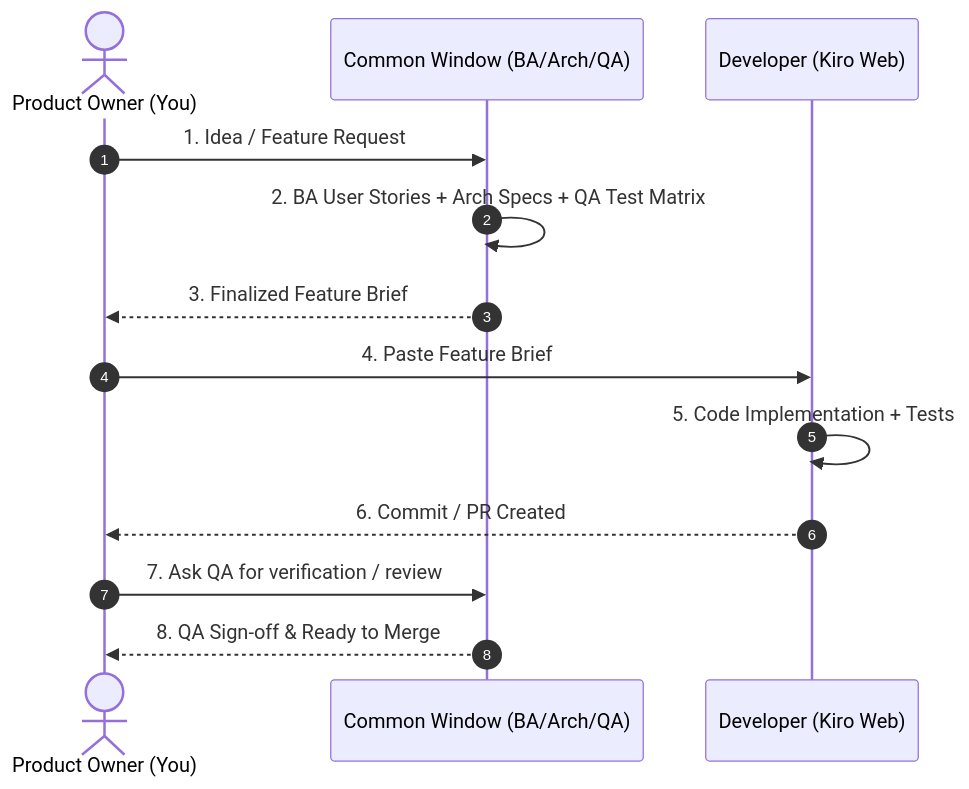
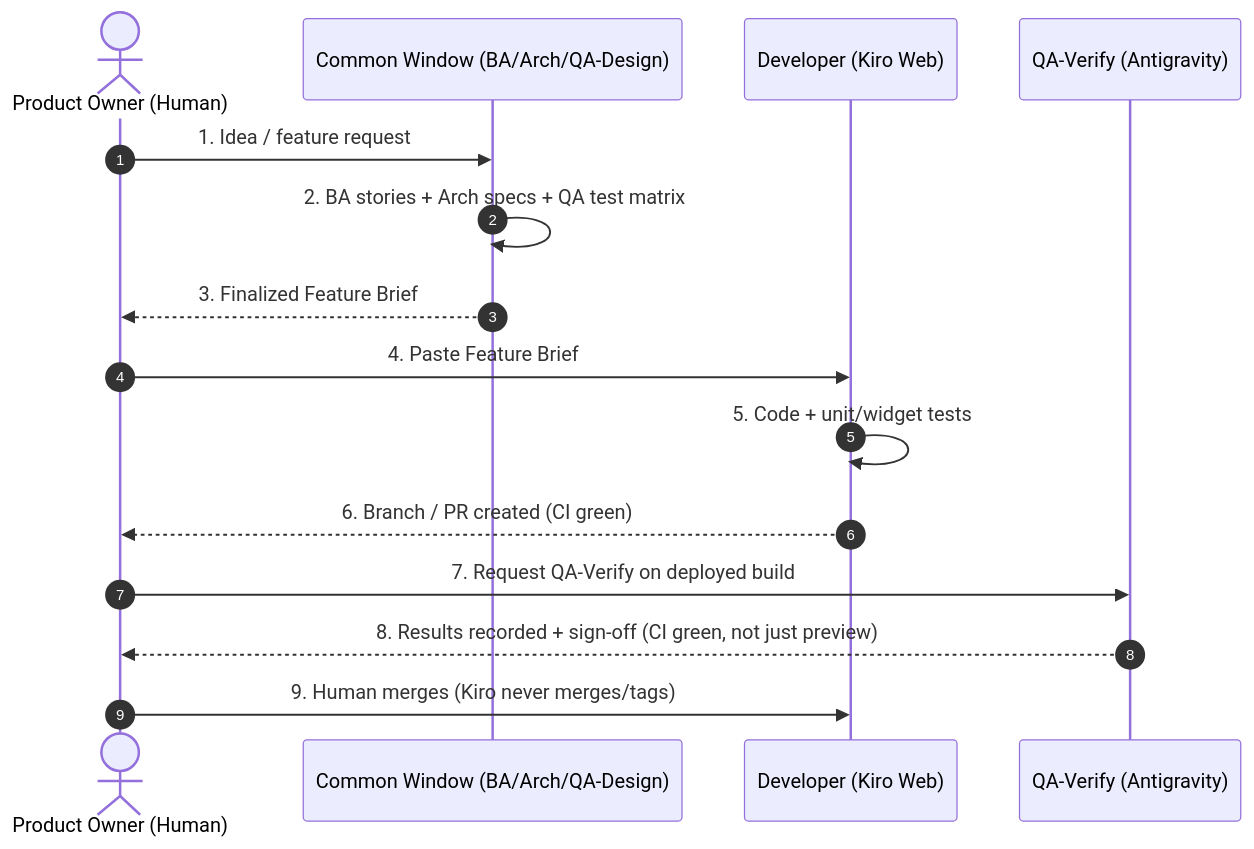
One commit to vteial/saranidhi changed the fourth of 4 diagrams in AI_COLLABORATION_FRAMEWORK.md. Above: the diagram before and after it, drawn with Mermaid. The commit also changed other lines of this file and 1 other file, not shown here.

````diff
--- a/AI_COLLABORATION_FRAMEWORK.md
+++ b/AI_COLLABORATION_FRAMEWORK.md
@@ -117,16 +174,18 @@
 ```mermaid
 sequenceDiagram
     autonumber
-    actor User as Product Owner (You)
-    participant Common as Common Window (BA/Arch/QA)
+    actor User as Product Owner (Human)
+    participant Common as Common Window (BA/Arch/QA-Design)
     participant Kiro as Developer (Kiro Web)
+    participant AQA as QA-Verify (Antigravity)
 
-    User->>Common: 1. Idea / Feature Request
-    Common->>Common: 2. BA User Stories + Arch Specs + QA Test Matrix
+    User->>Common: 1. Idea / feature request
+    Common->>Common: 2. BA stories + Arch specs + QA test matrix
     Common-->>User: 3. Finalized Feature Brief
     User->>Kiro: 4. Paste Feature Brief
-    Kiro->>Kiro: 5. Code Implementation + Tests
-    Kiro-->>User: 6. Commit / PR Created
-    User->>Common: 7. Ask QA for verification / review
-    Common-->>User: 8. QA Sign-off & Ready to Merge
+    Kiro->>Kiro: 5. Code + unit/widget tests
+    Kiro-->>User: 6. Branch / PR created (CI green)
+    User->>AQA: 7. Request QA-Verify on deployed build
+    AQA-->>User: 8. Results recorded + sign-off (CI green, not just preview)
+    User->>Kiro: 9. Human merges (Kiro never merges/tags)
 ```
````
